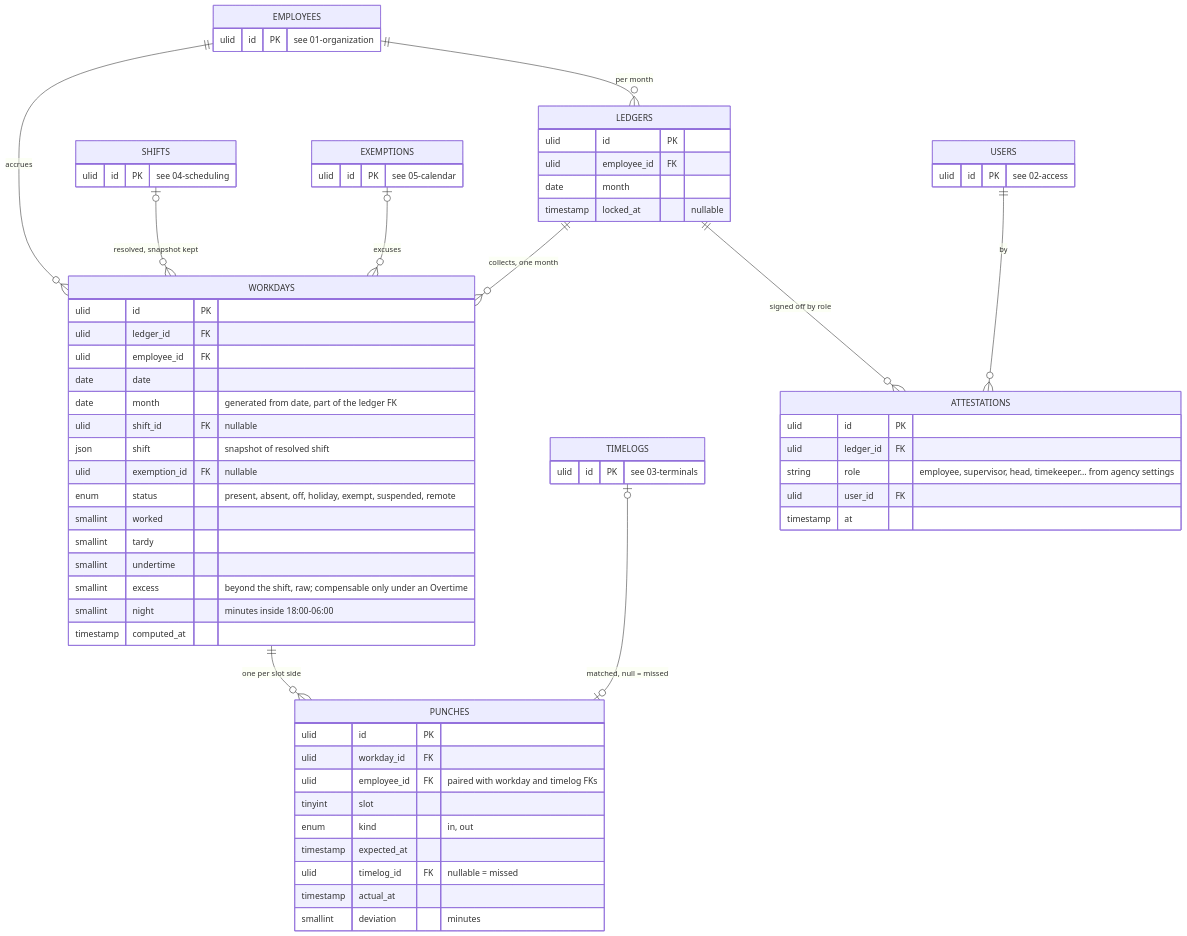
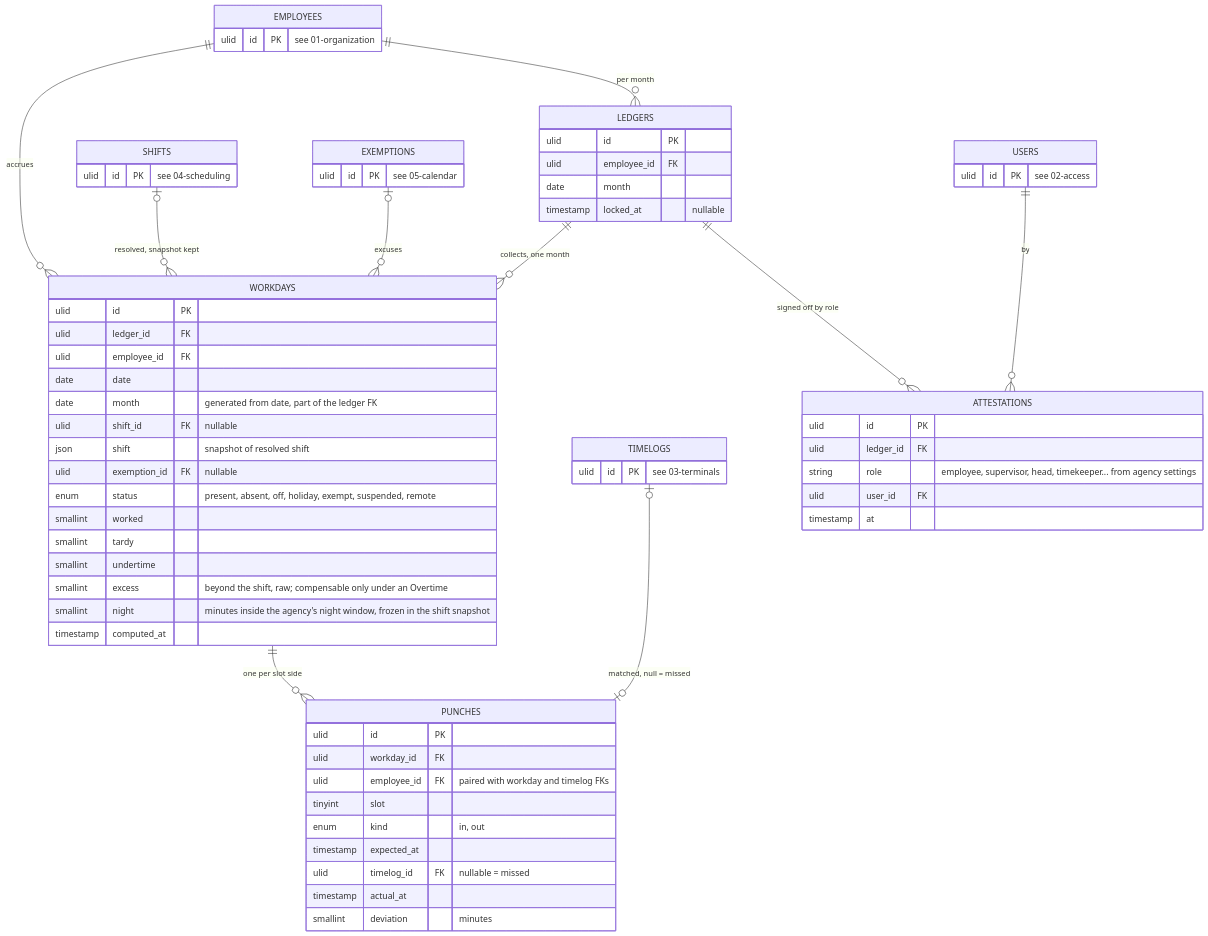
One commit to joowdx/khronoz changed the diagram in docs/design/06-attendance.md. Above: the diagram before and after it, drawn with Mermaid. The commit also changed other lines of this file and 2 other files, not shown here.

````diff
--- a/docs/design/06-attendance.md
+++ b/docs/design/06-attendance.md
@@ -3,69 +3,69 @@
 ```mermaid
 erDiagram
     EMPLOYEES  ||--o{ WORKDAYS : "accrues"
     SHIFTS     |o--o{ WORKDAYS : "resolved, snapshot kept"
     EXEMPTIONS |o--o{ WORKDAYS : "excuses"
     WORKDAYS   ||--o{ PUNCHES  : "one per slot side"
     TIMELOGS   |o--o| PUNCHES  : "matched, null = missed"
     EMPLOYEES  ||--o{ LEDGERS  : "per month"
     LEDGERS    ||--o{ WORKDAYS : "collects, one month"
     LEDGERS    ||--o{ ATTESTATIONS : "signed off by role"
     USERS      ||--o{ ATTESTATIONS : "by"
 
     WORKDAYS {
         ulid id PK
         ulid ledger_id FK
         ulid employee_id FK
         date date
         date month "generated from date, part of the ledger FK"
         ulid shift_id FK "nullable"
         json shift "snapshot of resolved shift"
         ulid exemption_id FK "nullable"
         enum status "present, absent, off, holiday, exempt, suspended, remote"
         smallint worked
         smallint tardy
         smallint undertime
         smallint excess "beyond the shift, raw; compensable only under an Overtime"
-        smallint night "minutes inside 18:00-06:00"
+        smallint night "minutes inside the agency's night window, frozen in the shift snapshot"
         timestamp computed_at
     }
     PUNCHES {
         ulid id PK
         ulid workday_id FK
         ulid employee_id FK "paired with workday and timelog FKs"
         tinyint slot
         enum kind "in, out"
         timestamp expected_at
         ulid timelog_id FK "nullable = missed"
         timestamp actual_at
         smallint deviation "minutes"
     }
     LEDGERS {
         ulid id PK
         ulid employee_id FK
         date month
         timestamp locked_at "nullable"
     }
     ATTESTATIONS {
         ulid id PK
         ulid ledger_id FK
         string role "employee, supervisor, head, timekeeper... from agency settings"
         ulid user_id FK
         timestamp at
     }
     USERS {
         ulid id PK "see 02-access"
     }
     EMPLOYEES {
         ulid id PK "see 01-organization"
     }
     SHIFTS {
         ulid id PK "see 04-scheduling"
     }
     EXEMPTIONS {
         ulid id PK "see 05-calendar"
     }
     TIMELOGS {
         ulid id PK "see 03-terminals"
     }
 ```
````
